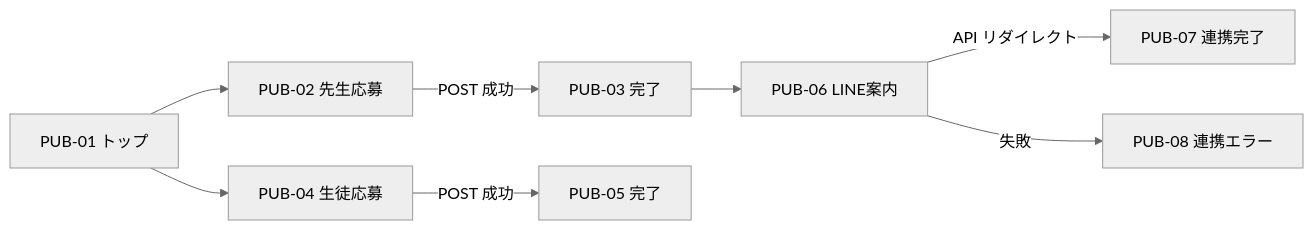
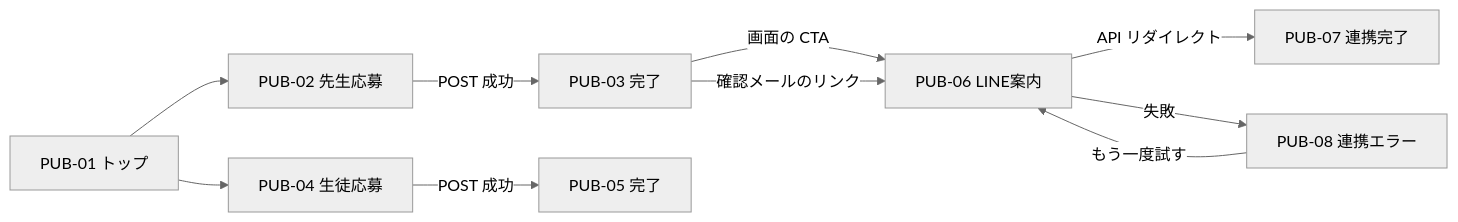
Before and after one commit to moka-neko/nests-webapp-001: the second of 4 diagrams in docs/screen-design.md, drawn with Mermaid (neutral theme). The commit also changed other lines of this file and 15 other files, not shown here.

````diff
--- a/docs/screen-design.md
+++ b/docs/screen-design.md
@@ -145,19 +145,21 @@
 ```mermaid
 flowchart LR
     TOP[PUB-01 トップ]
     TF[PUB-02 先生応募]
     TC[PUB-03 完了]
     SF[PUB-04 生徒応募]
     SC[PUB-05 完了]
     LINE[PUB-06 LINE案内]
     LC[PUB-07 連携完了]
     LE[PUB-08 連携エラー]
 
     TOP --> TF
     TOP --> SF
     TF -->|POST 成功| TC
     SF -->|POST 成功| SC
-    TC --> LINE
+    TC -->|画面の CTA| LINE
+    TC -->|確認メールのリンク| LINE
     LINE -->|API リダイレクト| LC
     LINE -->|失敗| LE
+    LE -->|もう一度試す| LINE
 ```
````
